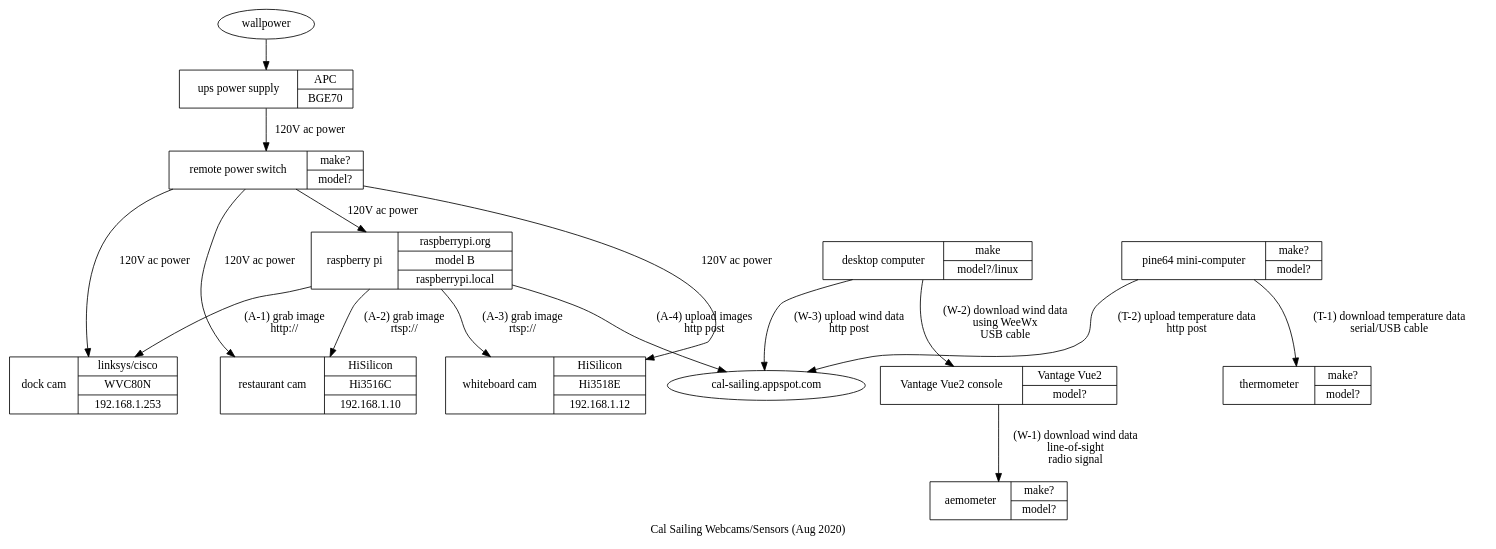
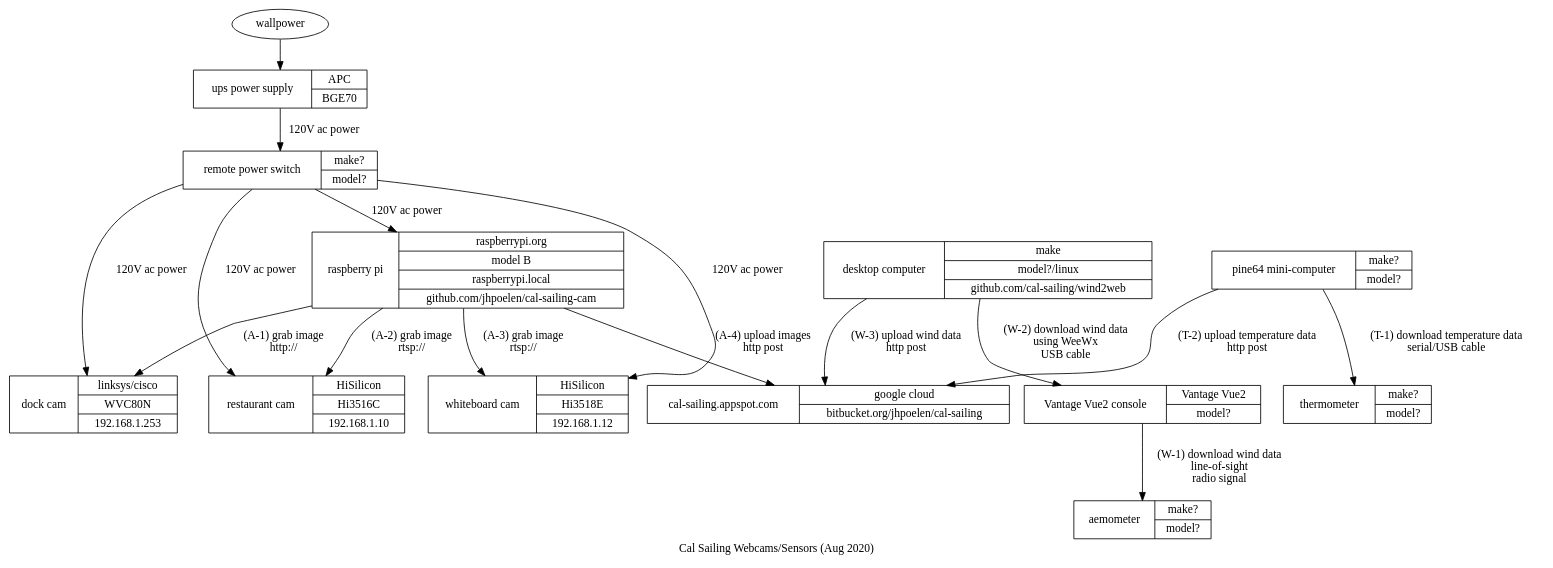
Before and after one commit to jhpoelen/cal-sailing-cam: the diagram in cal-sailing-diagram.dot, drawn with Graphviz. The commit also changed 1 other file, not shown here.

Commit message:
update with wind2web info

```diff
--- a/cal-sailing-diagram.dot
+++ b/cal-sailing-diagram.dot
@@ -1,66 +1,71 @@
-digraph rendle {
+digraph calsailingcam {
     "dock" [
        label = "dock cam | { linksys/cisco | WVC80N | 192.168.1.253 }"
        shape = "record"
     ]
     "restaurant" [
         label = "restaurant cam | { HiSilicon  | Hi3516C | 192.168.1.10 }"
 	 shape = "record"
     ]
     "whiteboard" [
         label = "whiteboard cam | { HiSilicon  | Hi3518E | 192.168.1.12 }"
 	 shape = "record"
     ]
     "raspberry" [
-        label = "raspberry pi | { raspberrypi.org | model B | raspberrypi.local }"
+        label = "raspberry pi | { raspberrypi.org | model B | raspberrypi.local | github.com/jhpoelen/cal-sailing-cam }"
         shape = "record"
     ]
     "ups" [
         label = "ups power supply | { APC | BGE70 }"
         shape = "record"
     ]
     "thermometer" [
         label = "thermometer | { make? | model? }"
         shape = "record"
     ]
     "powerswitch" [
         label = "remote power switch | { make? | model? }"
         shape = "record"
     ]
     "anemometer" [
         label = "aemometer | { make? | model? }"
         shape = "record"
     ]
     "weatherstation" [
         label = "Vantage Vue2 console | { Vantage Vue2 | model? }"
         shape = "record"
     ]
     "desktop" [
-        label = "desktop computer | { make | model?/linux }"
+        label = "desktop computer | { make | model?/linux | github.com/cal-sailing/wind2web }"
         shape = "record"
     ]
     "pine64" [
         label = "pine64 mini-computer | { make? | model? }"
         shape = "record"
     ]
+    "server" [
+        label = "cal-sailing.appspot.com | { google cloud | bitbucket.org/jhpoelen/cal-sailing }"
+        shape = "record"
+    ]
+
     "raspberry"->"dock"[label="(A-1) grab image\nhttp://"]
     "raspberry"->"restaurant"[label="(A-2) grab image\nrtsp://"]
     "raspberry"->"whiteboard"[label="(A-3) grab image\nrtsp://"]
-    "raspberry"->"cal-sailing.appspot.com"[label="(A-4) upload images\nhttp post"]
+    "raspberry"->"server"[label="(A-4) upload images\nhttp post"]
     "wallpower" -> "ups"
     
     "ups"->"powerswitch"[label="120V ac power"]
     "powerswitch"->"raspberry"[label="120V ac power"]
     "powerswitch"->"dock"[label="120V ac power"]
     "powerswitch"->"restaurant"[label="120V ac power"]
     "powerswitch"->"whiteboard"[label="120V ac power"]
 
     "weatherstation"->"anemometer"[label="(W-1) download wind data\nline-of-sight\nradio signal"]
     "desktop"->"weatherstation"[label="(W-2) download wind data\nusing WeeWx\nUSB cable"]
-    "desktop"->"cal-sailing.appspot.com"[label="(W-3) upload wind data\nhttp post"]
+    "desktop"->"server"[label="(W-3) upload wind data\nhttp post"]
 
     "pine64"->"thermometer"[label="(T-1) download temperature data\nserial/USB cable"]
-    "pine64"->"cal-sailing.appspot.com"[label="(T-2) upload temperature data\nhttp post"]
+    "pine64"->"server"[label="(T-2) upload temperature data\nhttp post"]
 
     label="Cal Sailing Webcams/Sensors (Aug 2020)"
 }
```
